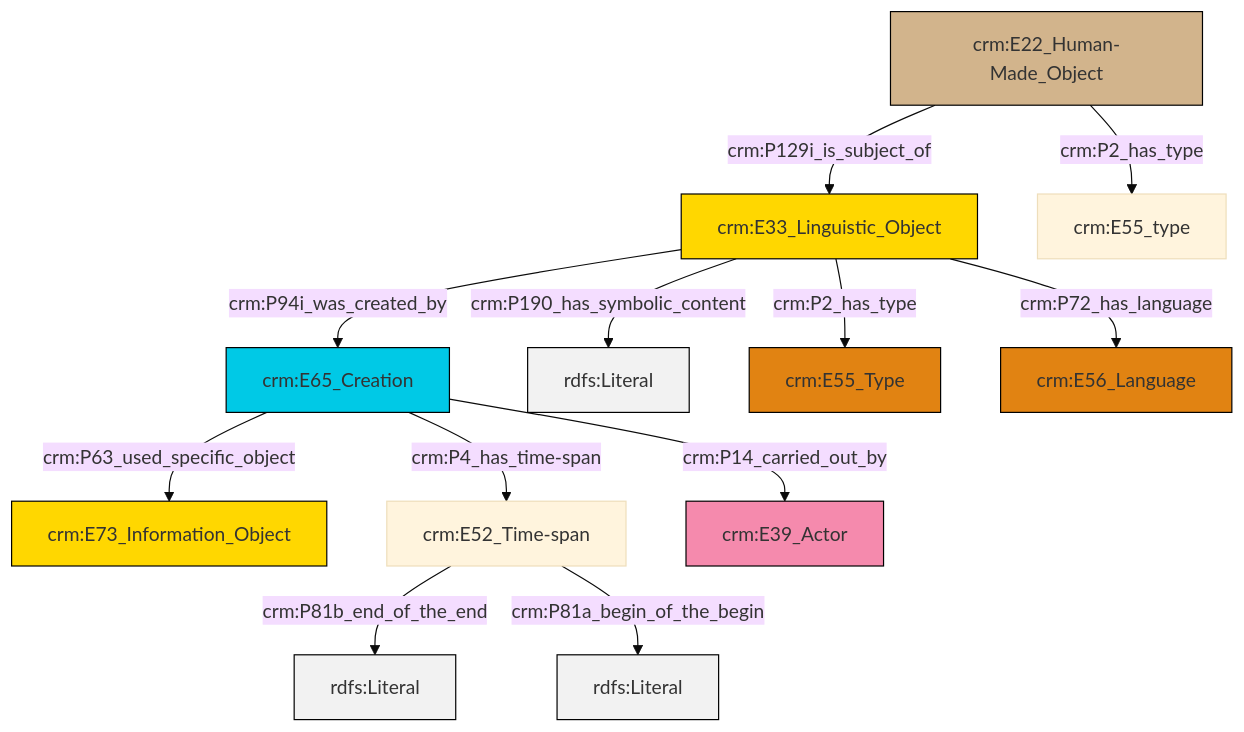
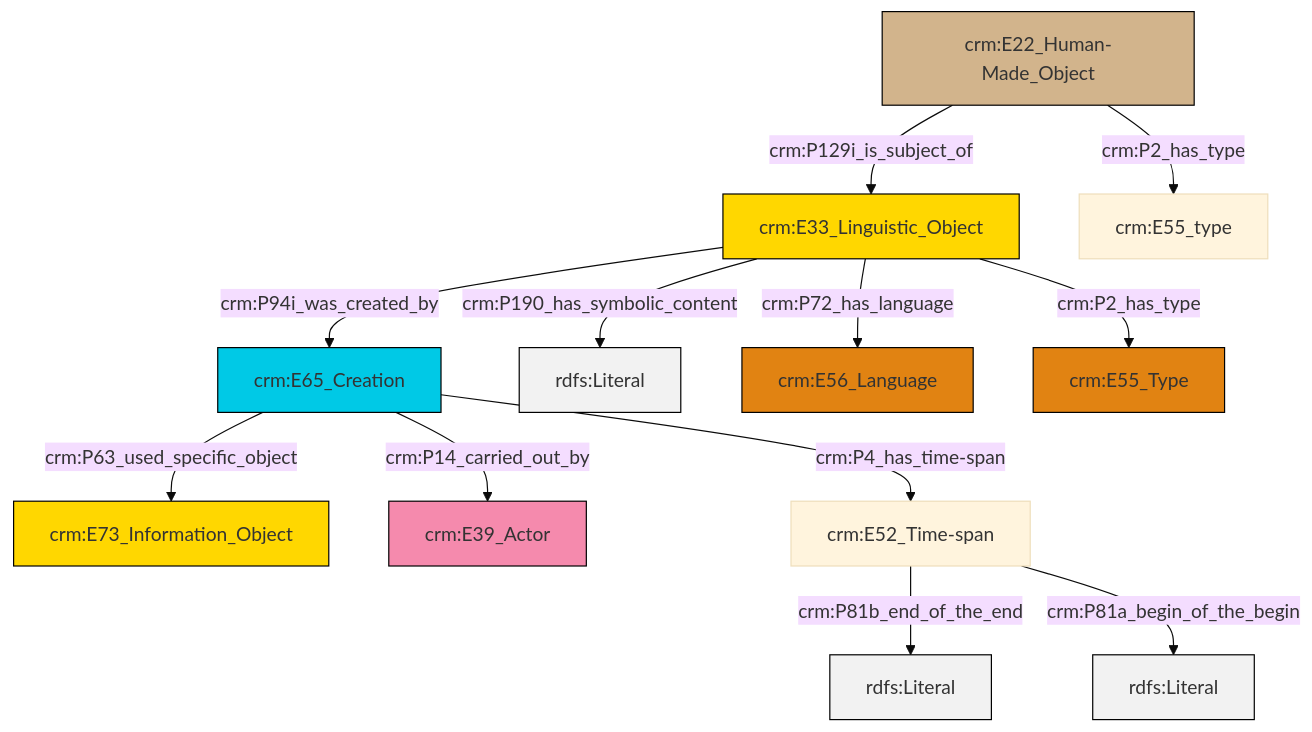
The diagram in et/builtWorkCSV/ttl/mmd/Built_Work_description.ttl.mmd (swiss-art-research-net/reference-data-models), drawn with Mermaid (base theme) before and after one commit. The commit also changed 129 other files, not shown here.

```diff
--- a/et/builtWorkCSV/ttl/mmd/Built_Work_description.ttl.mmd
+++ b/et/builtWorkCSV/ttl/mmd/Built_Work_description.ttl.mmd
@@ -1,26 +1,26 @@
 graph TD
 classDef Literal fill:#f2f2f2,stroke:#000000;
 classDef CRM_Entity fill:#FFFFFF,stroke:#000000;
 classDef Temporal_Entity fill:#00C9E6, stroke:#000000;
 classDef Type fill:#E18312, stroke:#000000;
 classDef Time-Span fill:#2C9C91, stroke:#000000;
 classDef Appellation fill:#FFEB7F, stroke:#000000;
 classDef Place fill:#008836, stroke:#000000;
 classDef Persistent_Item fill:#B266B2, stroke:#000000;
 classDef Conceptual_Object fill:#FFD700, stroke:#000000;
 classDef Physical_Thing fill:#D2B48C, stroke:#000000;
 classDef Actor fill:#f58aad, stroke:#000000;
 classDef PC_Classes fill:#4ce600, stroke:#000000;
 classDef Multi fill:#cccccc,stroke:#000000;
 
-0["crm:E33_Linguistic_Object"]:::Conceptual_Object -->|crm:P94i_was_created_by| 1["crm:E65_Creation"]:::Temporal_Entity
-2["crm:E22_Human-Made_Object"]:::Physical_Thing -->|crm:P2_has_type| 3["crm:E55_type"]:::Default
-1["crm:E65_Creation"]:::Temporal_Entity -->|crm:P63_used_specific_object| 5["crm:E73_Information_Object"]:::Conceptual_Object
-0["crm:E33_Linguistic_Object"]:::Conceptual_Object -->|crm:P190_has_symbolic_content| 8[rdfs:Literal]:::Literal
-0["crm:E33_Linguistic_Object"]:::Conceptual_Object -->|crm:P2_has_type| 9["crm:E55_Type"]:::Type
-10["crm:E52_Time-span"]:::Default -->|crm:P81b_end_of_the_end| 11[rdfs:Literal]:::Literal
-1["crm:E65_Creation"]:::Temporal_Entity -->|crm:P4_has_time-span| 10["crm:E52_Time-span"]:::Default
-2["crm:E22_Human-Made_Object"]:::Physical_Thing -->|crm:P129i_is_subject_of| 0["crm:E33_Linguistic_Object"]:::Conceptual_Object
-0["crm:E33_Linguistic_Object"]:::Conceptual_Object -->|crm:P72_has_language| 17["crm:E56_Language"]:::Type
-1["crm:E65_Creation"]:::Temporal_Entity -->|crm:P14_carried_out_by| 12["crm:E39_Actor"]:::Actor
-10["crm:E52_Time-span"]:::Default -->|crm:P81a_begin_of_the_begin| 19[rdfs:Literal]:::Literal
+6["crm:E22_Human-Made_Object"]:::Physical_Thing -->|crm:P2_has_type| 7["crm:E55_type"]:::Default
+4["crm:E33_Linguistic_Object"]:::Conceptual_Object -->|crm:P190_has_symbolic_content| 10[rdfs:Literal]:::Literal
+4["crm:E33_Linguistic_Object"]:::Conceptual_Object -->|crm:P72_has_language| 11["crm:E56_Language"]:::Type
+0["crm:E65_Creation"]:::Temporal_Entity -->|crm:P4_has_time-span| 12["crm:E52_Time-span"]:::Default
+12["crm:E52_Time-span"]:::Default -->|crm:P81b_end_of_the_end| 13[rdfs:Literal]:::Literal
+6["crm:E22_Human-Made_Object"]:::Physical_Thing -->|crm:P129i_is_subject_of| 4["crm:E33_Linguistic_Object"]:::Conceptual_Object
+4["crm:E33_Linguistic_Object"]:::Conceptual_Object -->|crm:P94i_was_created_by| 0["crm:E65_Creation"]:::Temporal_Entity
+4["crm:E33_Linguistic_Object"]:::Conceptual_Object -->|crm:P2_has_type| 14["crm:E55_Type"]:::Type
+0["crm:E65_Creation"]:::Temporal_Entity -->|crm:P63_used_specific_object| 2["crm:E73_Information_Object"]:::Conceptual_Object
+12["crm:E52_Time-span"]:::Default -->|crm:P81a_begin_of_the_begin| 17[rdfs:Literal]:::Literal
+0["crm:E65_Creation"]:::Temporal_Entity -->|crm:P14_carried_out_by| 8["crm:E39_Actor"]:::Actor
```
